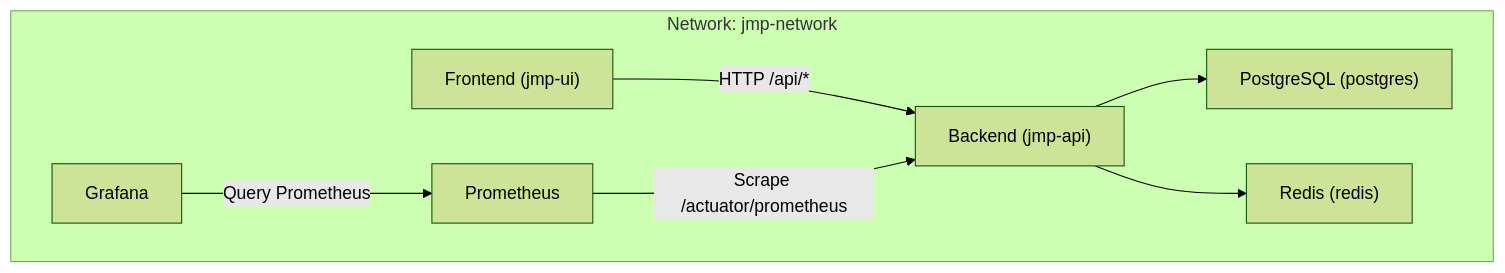
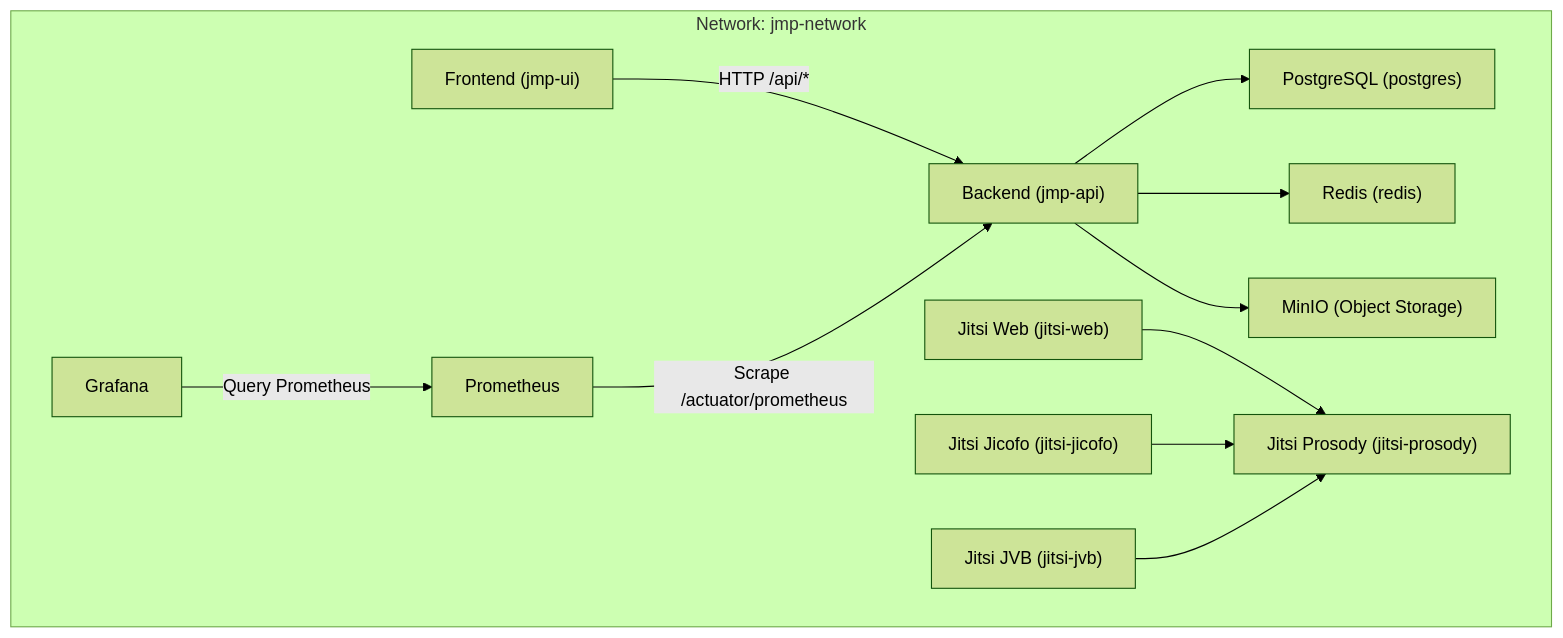
Before and after one commit to Vostrikov2014/vks-qoder: the second of 13 diagrams in .qoder/repowiki/en/content/Deployment and DevOps/Docker Configuration.md, drawn with Mermaid (forest theme). The commit also changed other lines of this file and 11 other files, not shown here.

````diff
--- a/.qoder/repowiki/en/content/Deployment and DevOps/Docker Configuration.md
+++ b/.qoder/repowiki/en/content/Deployment and DevOps/Docker Configuration.md
@@ -102,16 +129,25 @@
 ```mermaid
 graph TB
 subgraph "Network: jmp-network"
 Postgres["PostgreSQL (postgres)"]
 Redis["Redis (redis)"]
 Api["Backend (jmp-api)"]
 UI["Frontend (jmp-ui)"]
 Prometheus["Prometheus"]
 Grafana["Grafana"]
+Minio["MinIO (Object Storage)"]
+JitsiWeb["Jitsi Web (jitsi-web)"]
+JitsiProsody["Jitsi Prosody (jitsi-prosody)"]
+JitsiJicofo["Jitsi Jicofo (jitsi-jicofo)"]
+JitsiJvb["Jitsi JVB (jitsi-jvb)"]
 end
 UI --> |"HTTP /api/*"| Api
 Api --> Postgres
 Api --> Redis
+Api --> Minio
+JitsiWeb --> JitsiProsody
+JitsiJicofo --> JitsiProsody
+JitsiJvb --> JitsiProsody
 Prometheus --> |"Scrape /actuator/prometheus"| Api
 Grafana --> |"Query Prometheus"| Prometheus
 ```
````
